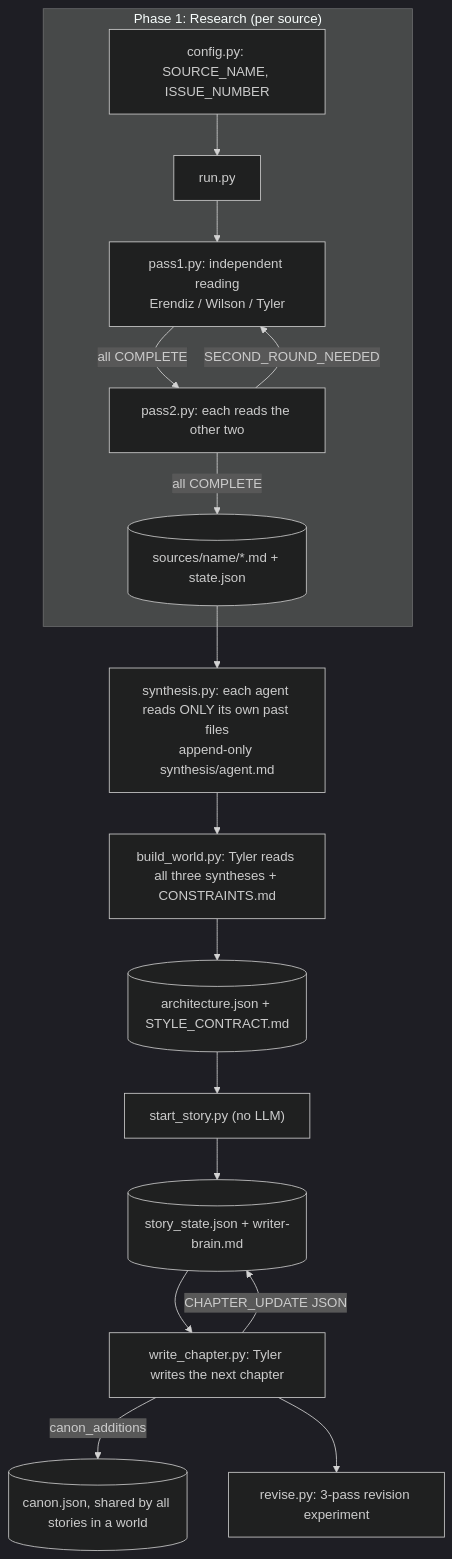
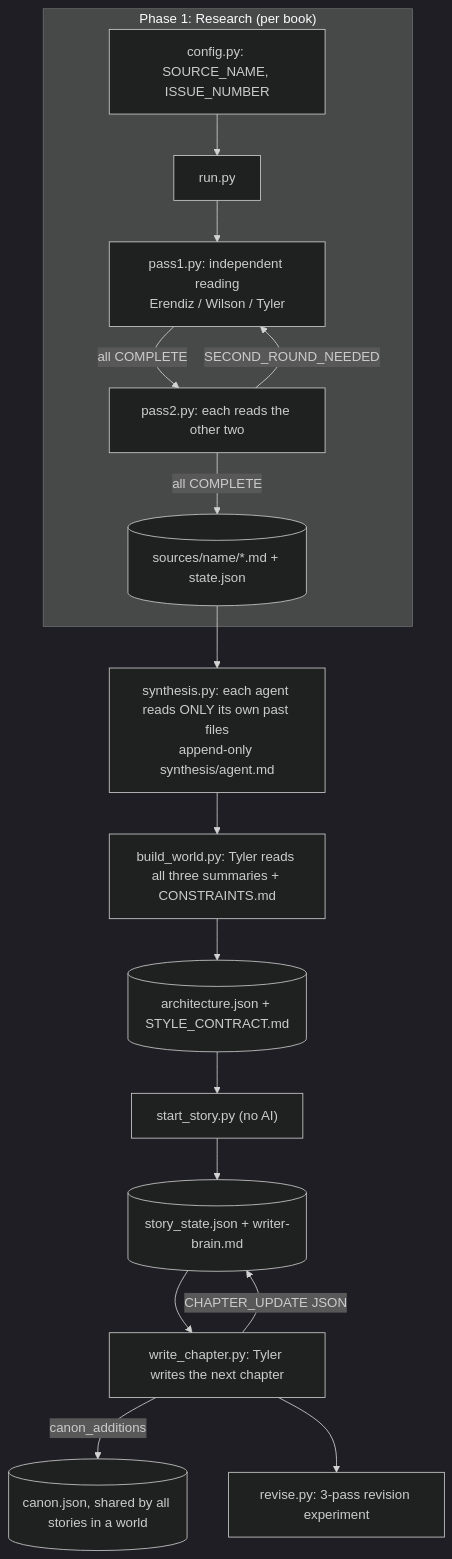
The diagram in README.md (cnrsamet/mythopoeia-agents), drawn with Mermaid (dark theme) before and after one commit. The commit also changed other lines of this file and 11 other files, not shown here.

````diff
--- a/README.md
+++ b/README.md
@@ -27,19 +53,19 @@
 ```mermaid
 flowchart TD
-    subgraph P1["Phase 1: Research (per source)"]
+    subgraph P1["Phase 1: Research (per book)"]
         C[config.py: SOURCE_NAME, ISSUE_NUMBER] --> R[run.py]
         R --> A1["pass1.py: independent reading<br/>Erendiz / Wilson / Tyler"]
         A1 -->|all COMPLETE| A2["pass2.py: each reads the other two"]
         A2 -->|SECOND_ROUND_NEEDED| A1
         A2 -->|all COMPLETE| D[(sources/name/*.md + state.json)]
     end
     D --> S["synthesis.py: each agent reads ONLY its own past files<br/>append-only synthesis/agent.md"]
-    S --> W["build_world.py: Tyler reads all three syntheses + CONSTRAINTS.md"]
+    S --> W["build_world.py: Tyler reads all three summaries + CONSTRAINTS.md"]
     W --> WA[(architecture.json + STYLE_CONTRACT.md)]
-    WA --> ST["start_story.py (no LLM)"]
+    WA --> ST["start_story.py (no AI)"]
     ST --> SS[(story_state.json + writer-brain.md)]
     SS --> WC["write_chapter.py: Tyler writes the next chapter"]
     WC -->|CHAPTER_UPDATE JSON| SS
     WC -->|canon_additions| CN[(canon.json, shared by all stories in a world)]
     WC --> RV["revise.py: 3-pass revision experiment"]
 ```
````
